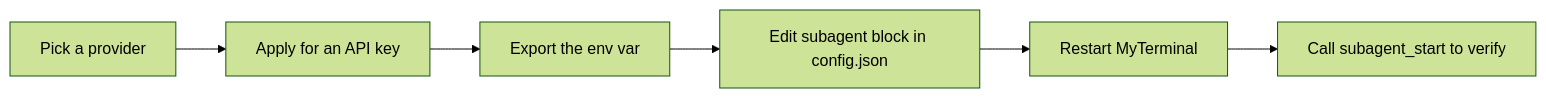
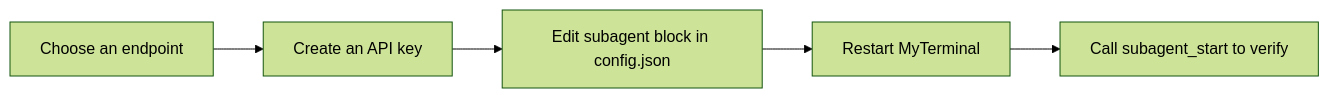
The diagram in docs/SUBAGENT_SETUP.md (epslkslsksndnsjs-lab/myterminal), drawn with Mermaid (forest theme) before and after one commit. The commit also changed other lines of this file and 8 other files, not shown here.

````diff
--- a/docs/SUBAGENT_SETUP.md
+++ b/docs/SUBAGENT_SETUP.md
@@ -11,8 +11,7 @@
 ```mermaid
 flowchart LR
-  A["Pick a provider"] --> B["Apply for an API key"]
-  B --> C["Export the env var"]
-  C --> D["Edit subagent block in config.json"]
-  D --> E["Restart MyTerminal"]
-  E --> F["Call subagent_start to verify"]
+  A["Choose an endpoint"] --> B["Create an API key"]
+  B --> C["Edit subagent block in config.json"]
+  C --> D["Restart MyTerminal"]
+  D --> E["Call subagent_start to verify"]
 ```
````
